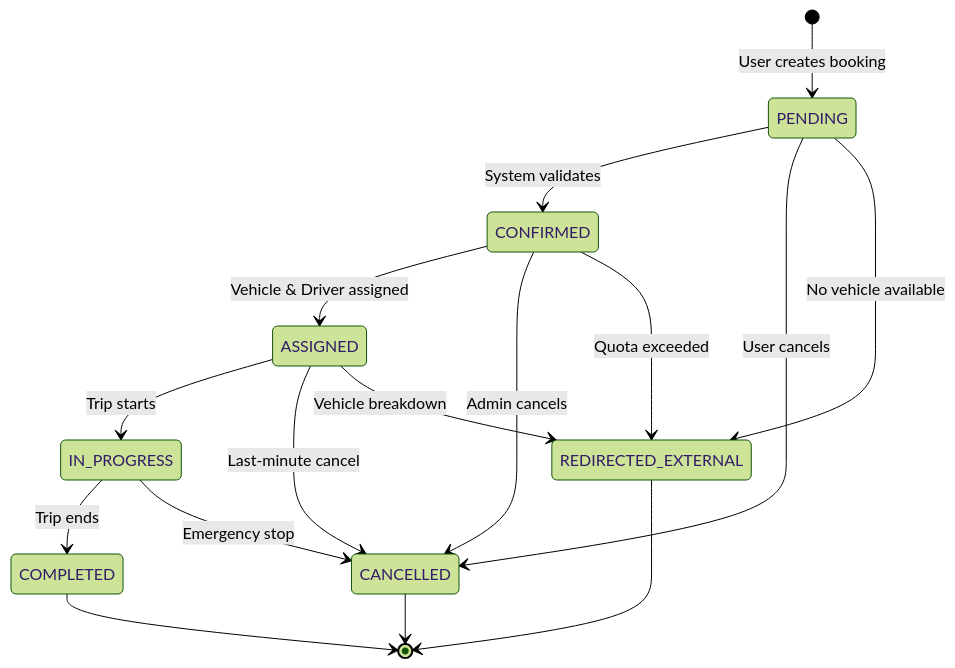
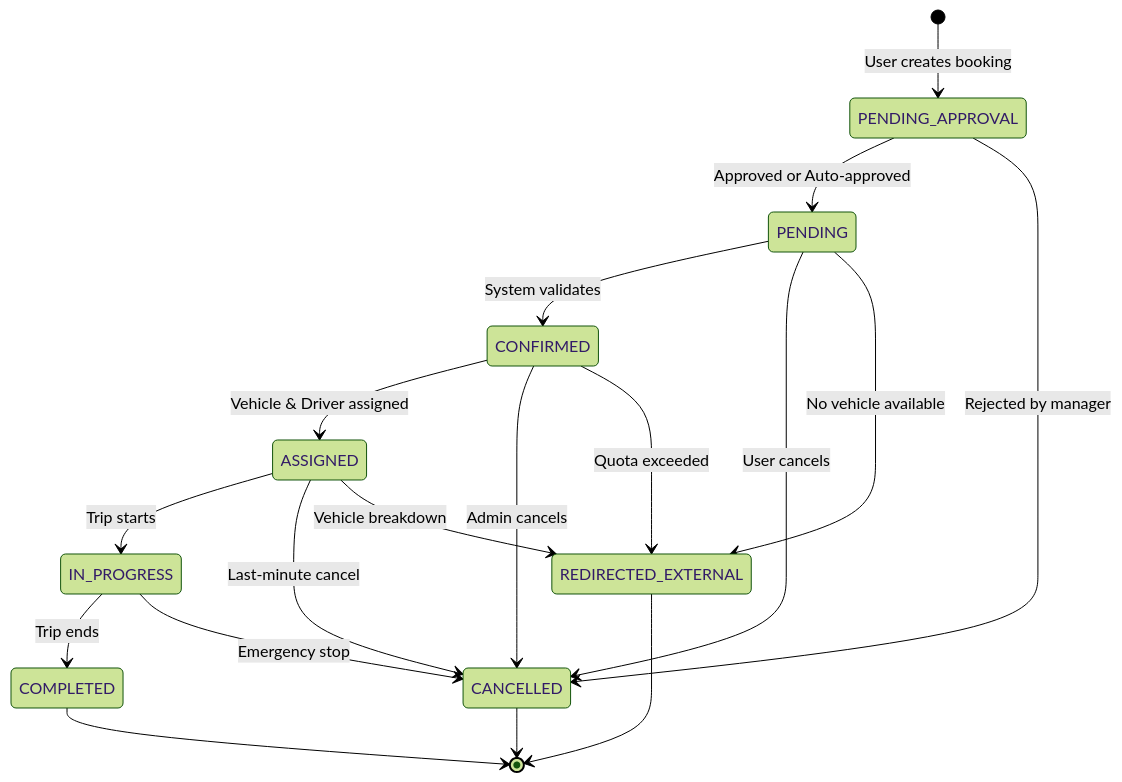
Before and after one commit to liamtran96/msm-car-booking: the second of 28 diagrams in docs-site/docs/system-workflows.md, drawn with Mermaid (forest theme). The commit also changed other lines of this file and 69 other files, not shown here.

````diff
--- a/docs-site/docs/system-workflows.md
+++ b/docs-site/docs/system-workflows.md
@@ -68,23 +68,26 @@
 ```mermaid
 stateDiagram-v2
-    [*] --> PENDING: User creates booking
+    [*] --> PENDING_APPROVAL: User creates booking
+
+    PENDING_APPROVAL --> PENDING: Approved or Auto-approved
+    PENDING_APPROVAL --> CANCELLED: Rejected by manager
 
     PENDING --> CONFIRMED: System validates
     PENDING --> CANCELLED: User cancels
     PENDING --> REDIRECTED_EXTERNAL: No vehicle available
 
     CONFIRMED --> ASSIGNED: Vehicle & Driver assigned
     CONFIRMED --> CANCELLED: Admin cancels
     CONFIRMED --> REDIRECTED_EXTERNAL: Quota exceeded
 
     ASSIGNED --> IN_PROGRESS: Trip starts
     ASSIGNED --> CANCELLED: Last-minute cancel
     ASSIGNED --> REDIRECTED_EXTERNAL: Vehicle breakdown
 
     IN_PROGRESS --> COMPLETED: Trip ends
     IN_PROGRESS --> CANCELLED: Emergency stop
 
     COMPLETED --> [*]
     CANCELLED --> [*]
     REDIRECTED_EXTERNAL --> [*]
 ```
````
